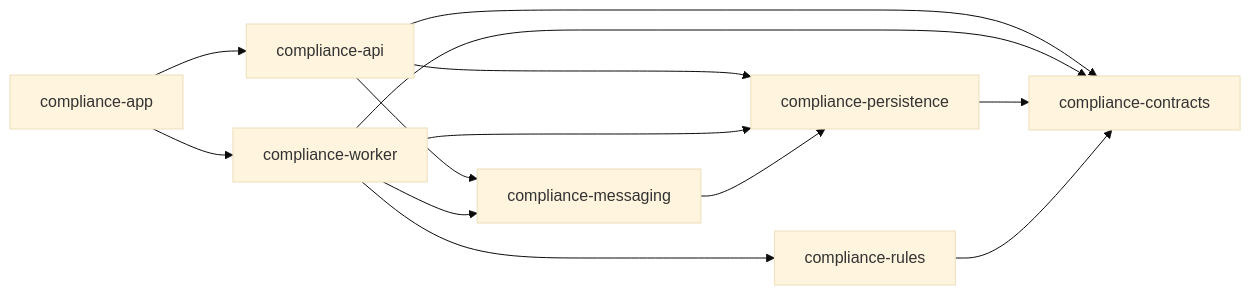
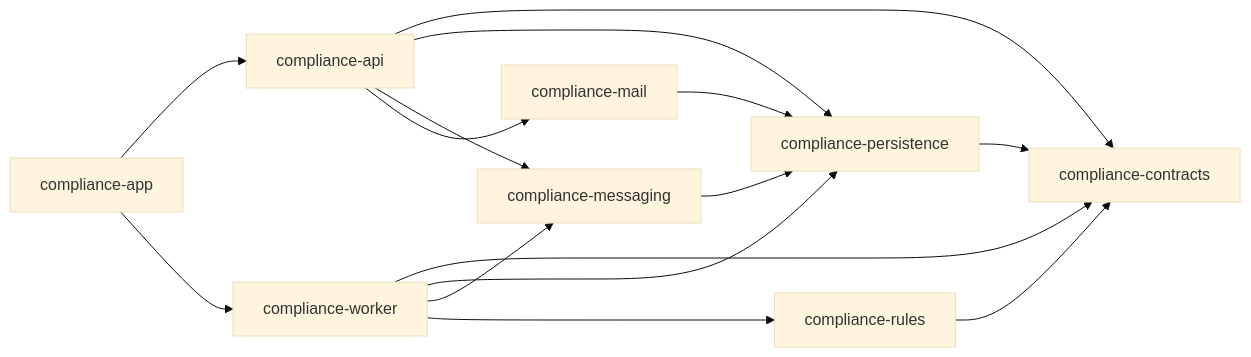
The diagram in README.md (Egor51/okdocs-compliance), drawn with Mermaid (base theme) before and after one commit. The commit also changed other lines of this file and 73 other files, not shown here.

````diff
--- a/README.md
+++ b/README.md
@@ -120,15 +123,17 @@
 ```mermaid
 flowchart LR
     app["compliance-app"] --> api["compliance-api"]
     app --> worker["compliance-worker"]
     api --> contracts["compliance-contracts"]
     api --> persistence["compliance-persistence"]
     api --> messaging["compliance-messaging"]
+    api --> mail["compliance-mail"]
     worker --> contracts
     worker --> persistence
     worker --> messaging
     worker --> rules["compliance-rules"]
     messaging --> persistence
+    mail --> persistence
     persistence --> contracts
     rules --> contracts
 ```
````
